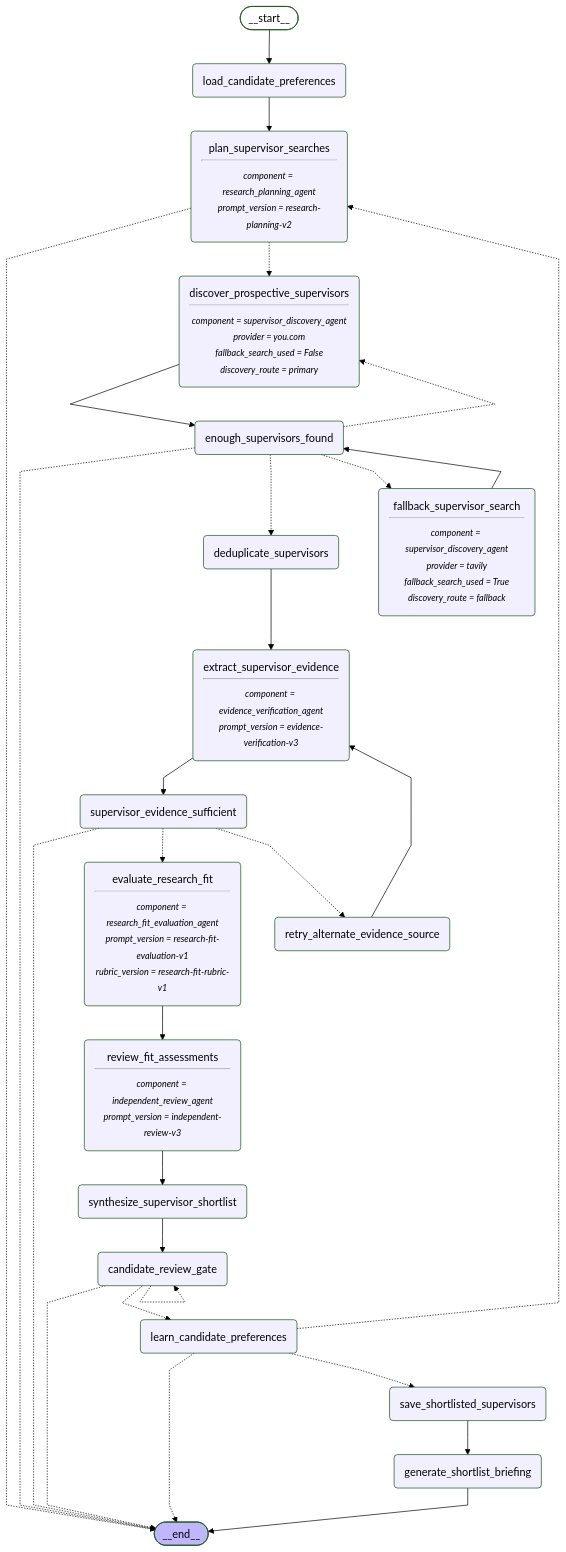
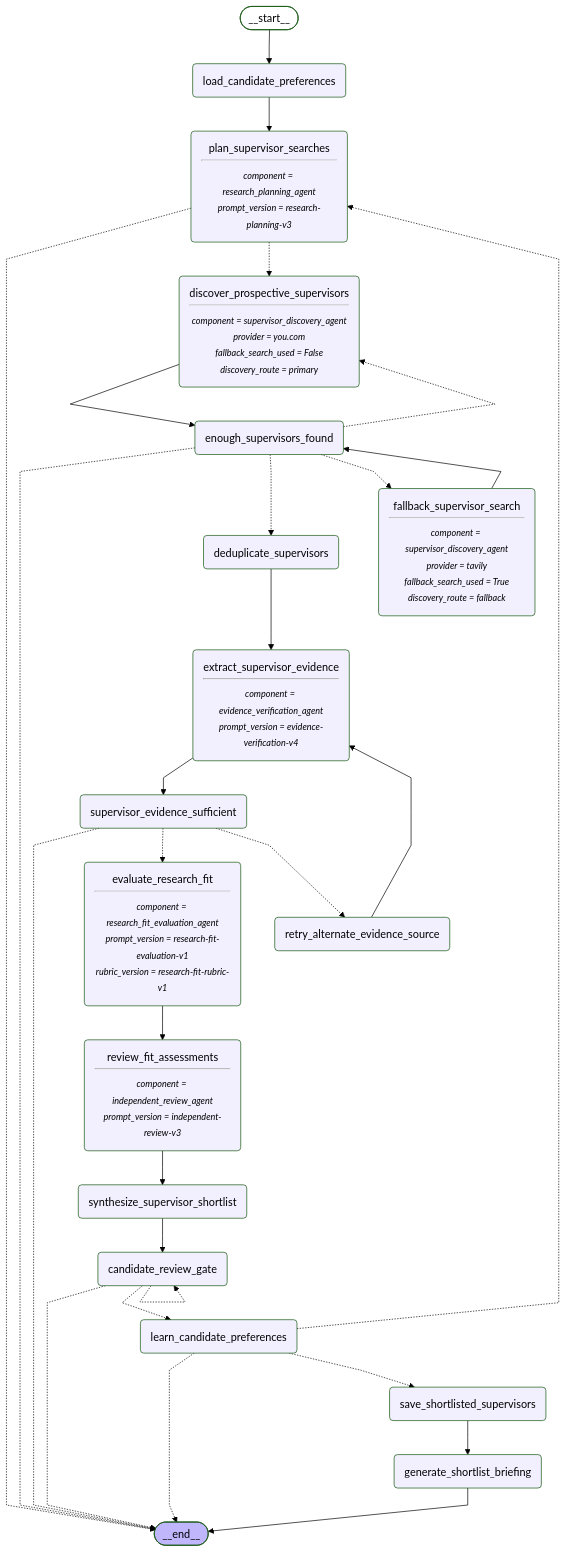
The diagram in projects/scholar-path/docs/m10-candidate-preference-memory-graph.mmd (shanly-rajan/ai-builder), drawn with Mermaid (forest theme) before and after one commit. The commit also changed 41 other files, not shown here.

```diff
--- a/projects/scholar-path/docs/m10-candidate-preference-memory-graph.mmd
+++ b/projects/scholar-path/docs/m10-candidate-preference-memory-graph.mmd
@@ -1,65 +1,65 @@
 ---
 config:
   flowchart:
     curve: linear
 ---
 graph TD;
 	__start__([<p>__start__</p>]):::first
 	load_candidate_preferences(load_candidate_preferences)
 	plan_supervisor_searches(plan_supervisor_searches<hr/><small><em>component = research_planning_agent
-prompt_version = research-planning-v2</em></small>)
+prompt_version = research-planning-v3</em></small>)
 	discover_prospective_supervisors(discover_prospective_supervisors<hr/><small><em>component = supervisor_discovery_agent
 provider = you.com
 fallback_search_used = False
 discovery_route = primary</em></small>)
 	enough_supervisors_found(enough_supervisors_found)
 	fallback_supervisor_search(fallback_supervisor_search<hr/><small><em>component = supervisor_discovery_agent
 provider = tavily
 fallback_search_used = True
 discovery_route = fallback</em></small>)
 	deduplicate_supervisors(deduplicate_supervisors)
 	extract_supervisor_evidence(extract_supervisor_evidence<hr/><small><em>component = evidence_verification_agent
-prompt_version = evidence-verification-v3</em></small>)
+prompt_version = evidence-verification-v4</em></small>)
 	supervisor_evidence_sufficient(supervisor_evidence_sufficient)
 	retry_alternate_evidence_source(retry_alternate_evidence_source)
 	evaluate_research_fit(evaluate_research_fit<hr/><small><em>component = research_fit_evaluation_agent
 prompt_version = research-fit-evaluation-v1
 rubric_version = research-fit-rubric-v1</em></small>)
 	review_fit_assessments(review_fit_assessments<hr/><small><em>component = independent_review_agent
 prompt_version = independent-review-v3</em></small>)
 	synthesize_supervisor_shortlist(synthesize_supervisor_shortlist)
 	candidate_review_gate(candidate_review_gate)
 	learn_candidate_preferences(learn_candidate_preferences)
 	save_shortlisted_supervisors(save_shortlisted_supervisors)
 	generate_shortlist_briefing(generate_shortlist_briefing)
 	__end__([<p>__end__</p>]):::last
 	__start__ --> load_candidate_preferences;
 	candidate_review_gate -.-> __end__;
 	candidate_review_gate -.-> learn_candidate_preferences;
 	deduplicate_supervisors --> extract_supervisor_evidence;
 	discover_prospective_supervisors --> enough_supervisors_found;
 	enough_supervisors_found -.-> __end__;
 	enough_supervisors_found -.-> deduplicate_supervisors;
 	enough_supervisors_found -.-> discover_prospective_supervisors;
 	enough_supervisors_found -.-> fallback_supervisor_search;
 	evaluate_research_fit --> review_fit_assessments;
 	extract_supervisor_evidence --> supervisor_evidence_sufficient;
 	fallback_supervisor_search --> enough_supervisors_found;
 	learn_candidate_preferences -.-> __end__;
 	learn_candidate_preferences -.-> plan_supervisor_searches;
 	learn_candidate_preferences -.-> save_shortlisted_supervisors;
 	load_candidate_preferences --> plan_supervisor_searches;
 	plan_supervisor_searches -.-> __end__;
 	plan_supervisor_searches -.-> discover_prospective_supervisors;
 	retry_alternate_evidence_source --> extract_supervisor_evidence;
 	review_fit_assessments --> synthesize_supervisor_shortlist;
 	save_shortlisted_supervisors --> generate_shortlist_briefing;
 	supervisor_evidence_sufficient -.-> __end__;
 	supervisor_evidence_sufficient -.-> evaluate_research_fit;
 	supervisor_evidence_sufficient -.-> retry_alternate_evidence_source;
 	synthesize_supervisor_shortlist --> candidate_review_gate;
 	generate_shortlist_briefing --> __end__;
 	candidate_review_gate -.-> candidate_review_gate;
 	classDef default fill:#f2f0ff,line-height:1.2
 	classDef first fill-opacity:0
 	classDef last fill:#bfb6fc
```
